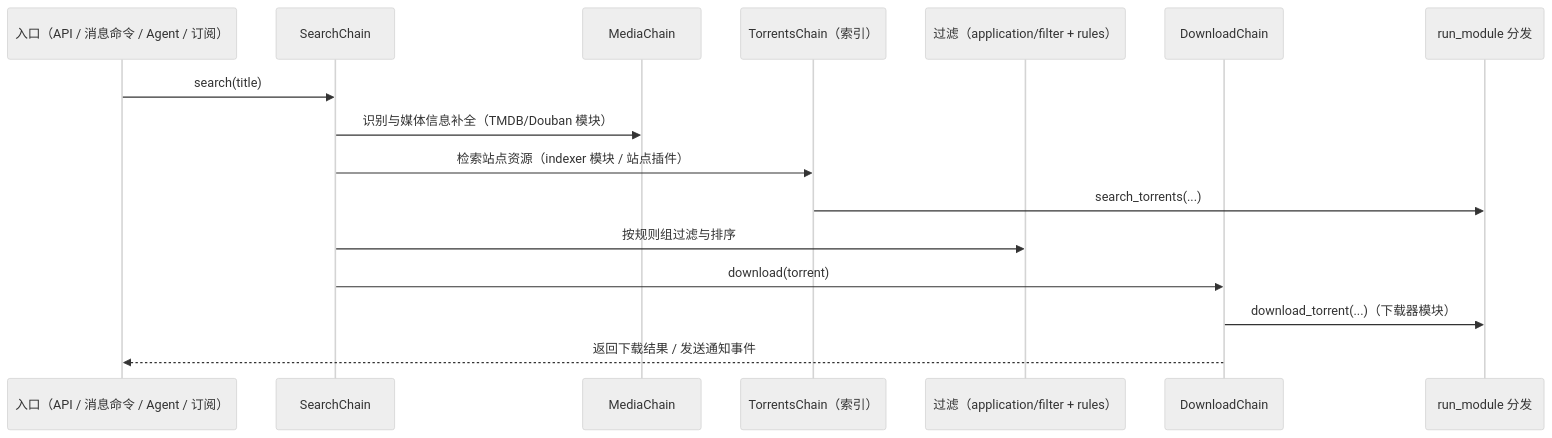
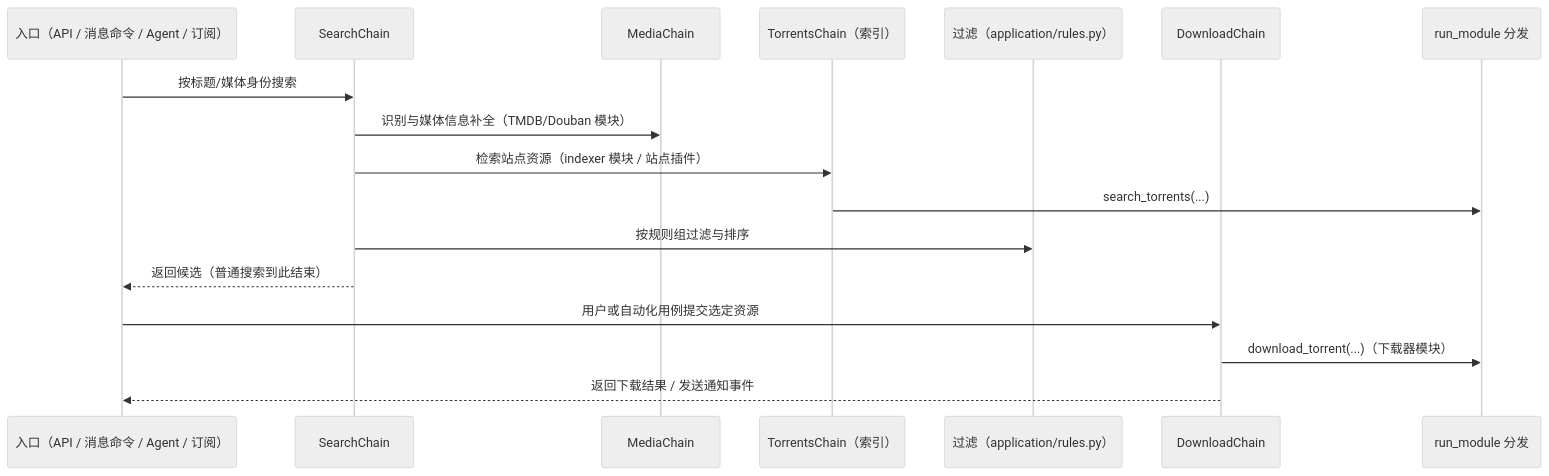
The eighth of 14 diagrams in docs/architecture-overview.md (jxxghp/MoviePilot), drawn with Mermaid (neutral theme) before and after one commit. The commit also changed other lines of this file, not shown here.

Commit message:
docs: refresh backend architecture overview

````diff
--- a/docs/architecture-overview.md
+++ b/docs/architecture-overview.md
@@ -508,19 +520,20 @@
 ```mermaid
 sequenceDiagram
     participant E as 入口（API / 消息命令 / Agent / 订阅）
     participant SC as SearchChain
     participant MC as MediaChain
     participant TC as TorrentsChain（索引）
-    participant FC as 过滤（application/filter + rules）
+    participant FC as 过滤（application/rules.py）
     participant DC as DownloadChain
     participant MOD as run_module 分发
 
-    E->>SC: search(title)
+    E->>SC: 按标题/媒体身份搜索
     SC->>MC: 识别与媒体信息补全（TMDB/Douban 模块）
     SC->>TC: 检索站点资源（indexer 模块 / 站点插件）
     TC->>MOD: search_torrents(...)
     SC->>FC: 按规则组过滤与排序
-    SC->>DC: download(torrent)
+    SC-->>E: 返回候选（普通搜索到此结束）
+    E->>DC: 用户或自动化用例提交选定资源
     DC->>MOD: download_torrent(...)（下载器模块）
     DC-->>E: 返回下载结果 / 发送通知事件
 ```
````
